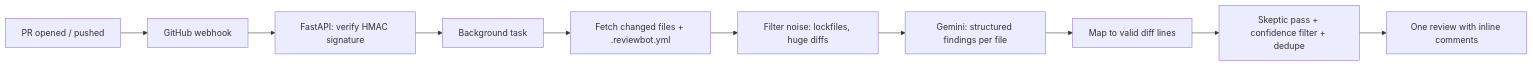
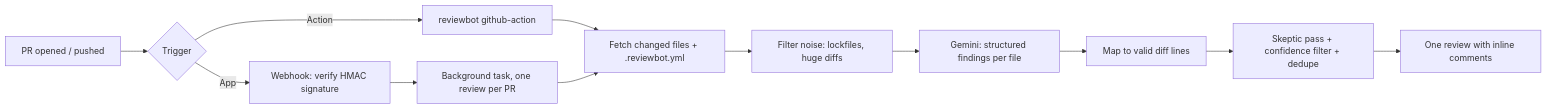
The diagram in README.md (ironhide554/Diffsage), drawn with Mermaid before and after one commit. The commit also changed other lines of this file, not shown here.

````diff
--- a/README.md
+++ b/README.md
@@ -24,12 +51,14 @@
 ```mermaid
 flowchart LR
-    A[PR opened / pushed] --> B[GitHub webhook]
-    B --> C[FastAPI: verify HMAC signature]
-    C --> D[Background task]
-    D --> E[Fetch changed files + .reviewbot.yml]
-    E --> F[Filter noise: lockfiles, huge diffs]
-    F --> G[Gemini: structured findings per file]
-    G --> H[Map to valid diff lines]
-    H --> I[Skeptic pass + confidence filter + dedupe]
-    I --> J[One review with inline comments]
+    A[PR opened / pushed] --> B{Trigger}
+    B -->|Action| C[reviewbot github-action]
+    B -->|App| D[Webhook: verify HMAC signature]
+    D --> E[Background task, one review per PR]
+    C --> F
+    E --> F[Fetch changed files + .reviewbot.yml]
+    F --> G[Filter noise: lockfiles, huge diffs]
+    G --> H[Gemini: structured findings per file]
+    H --> I[Map to valid diff lines]
+    I --> J[Skeptic pass + confidence filter + dedupe]
+    J --> K[One review with inline comments]
 ```
````
